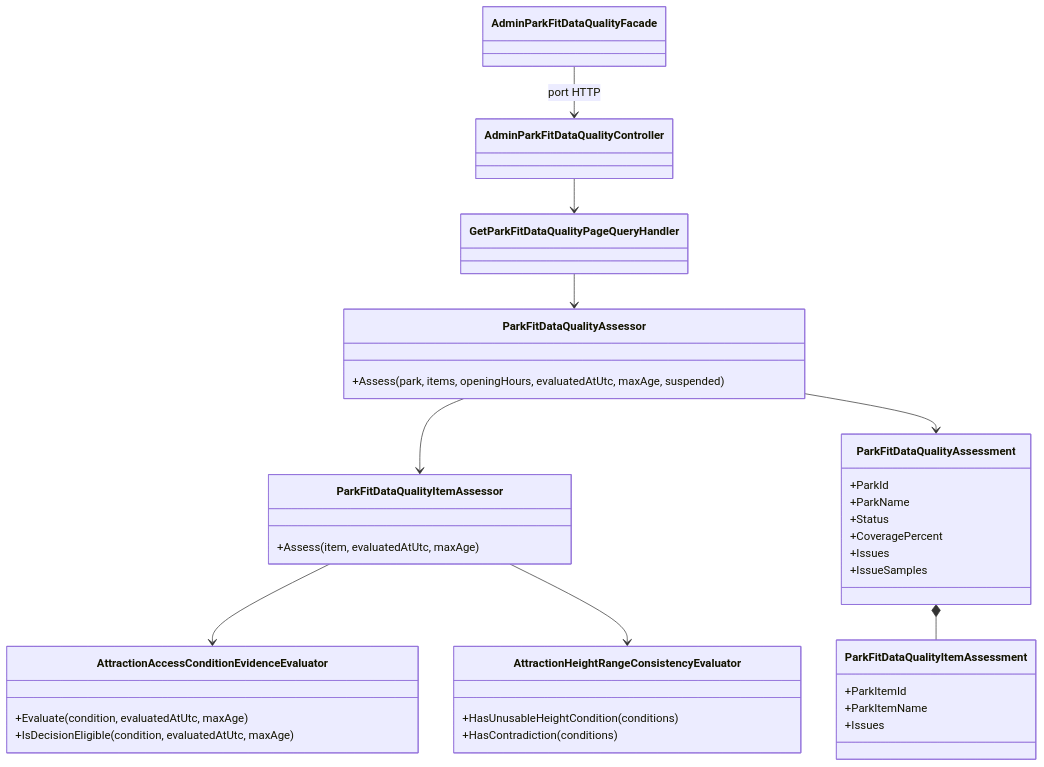
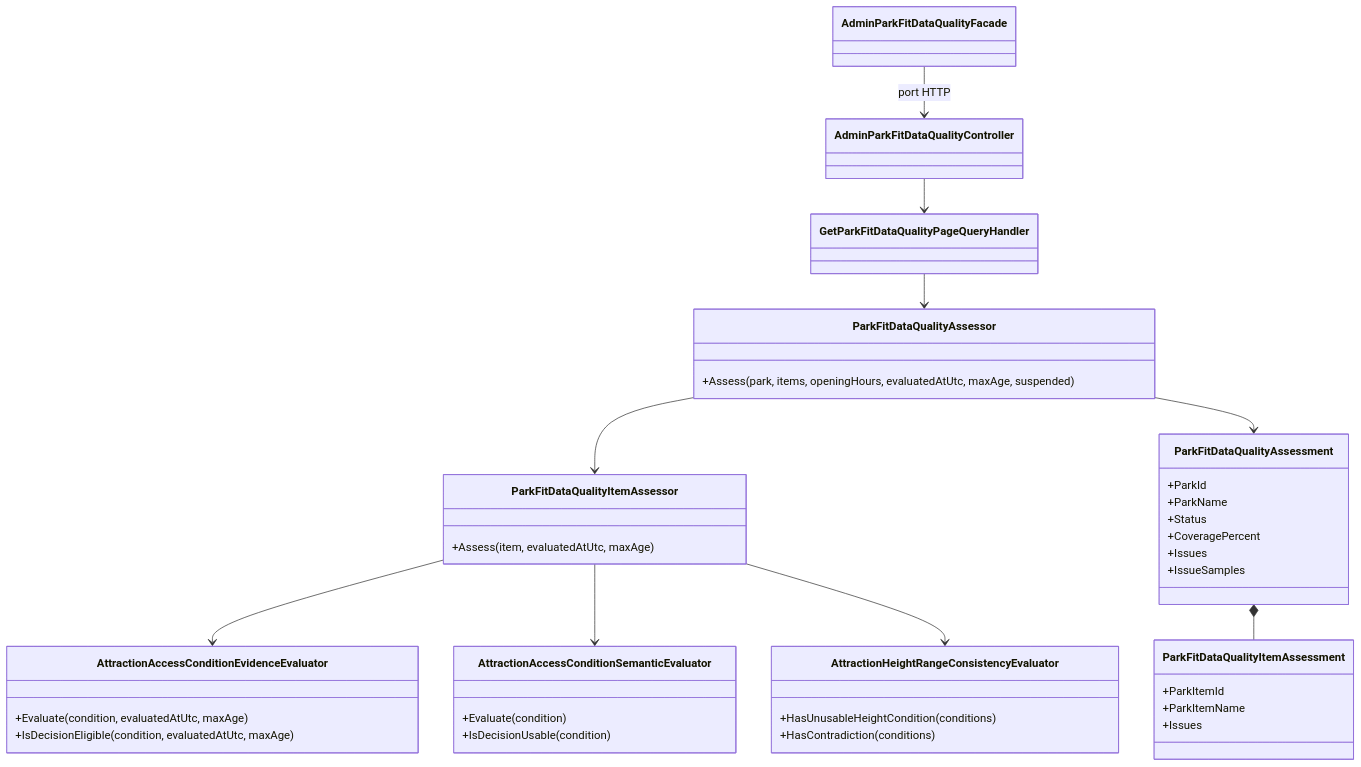
The second of 3 diagrams in docs/architecture/product-growth-fit-03-data-quality-audit-2026-09-14.md (Ced59/AmusementParkProject), drawn with Mermaid before and after one commit. The commit also changed other lines of this file and 9 other files, not shown here.

````diff
--- a/docs/architecture/product-growth-fit-03-data-quality-audit-2026-09-14.md
+++ b/docs/architecture/product-growth-fit-03-data-quality-audit-2026-09-14.md
@@ -73,42 +76,47 @@
 ```mermaid
 classDiagram
     class ParkFitDataQualityAssessor {
         +Assess(park, items, openingHours, evaluatedAtUtc, maxAge, suspended)
     }
     class ParkFitDataQualityAssessment {
         +ParkId
         +ParkName
         +Status
         +CoveragePercent
         +Issues
         +IssueSamples
     }
     class ParkFitDataQualityItemAssessor {
         +Assess(item, evaluatedAtUtc, maxAge)
     }
     class AttractionHeightRangeConsistencyEvaluator {
         +HasUnusableHeightCondition(conditions)
         +HasContradiction(conditions)
     }
     class ParkFitDataQualityItemAssessment {
         +ParkItemId
         +ParkItemName
         +Issues
     }
     class AttractionAccessConditionEvidenceEvaluator {
         +Evaluate(condition, evaluatedAtUtc, maxAge)
         +IsDecisionEligible(condition, evaluatedAtUtc, maxAge)
     }
+    class AttractionAccessConditionSemanticEvaluator {
+        +Evaluate(condition)
+        +IsDecisionUsable(condition)
+    }
     class GetParkFitDataQualityPageQueryHandler
     class AdminParkFitDataQualityController
     class AdminParkFitDataQualityFacade
 
     GetParkFitDataQualityPageQueryHandler --> ParkFitDataQualityAssessor
     ParkFitDataQualityAssessor --> ParkFitDataQualityItemAssessor
     ParkFitDataQualityItemAssessor --> AttractionAccessConditionEvidenceEvaluator
+    ParkFitDataQualityItemAssessor --> AttractionAccessConditionSemanticEvaluator
     ParkFitDataQualityItemAssessor --> AttractionHeightRangeConsistencyEvaluator
     ParkFitDataQualityAssessor --> ParkFitDataQualityAssessment
     ParkFitDataQualityAssessment *-- ParkFitDataQualityItemAssessment
     AdminParkFitDataQualityController --> GetParkFitDataQualityPageQueryHandler
     AdminParkFitDataQualityFacade --> AdminParkFitDataQualityController : port HTTP
 ```
````
